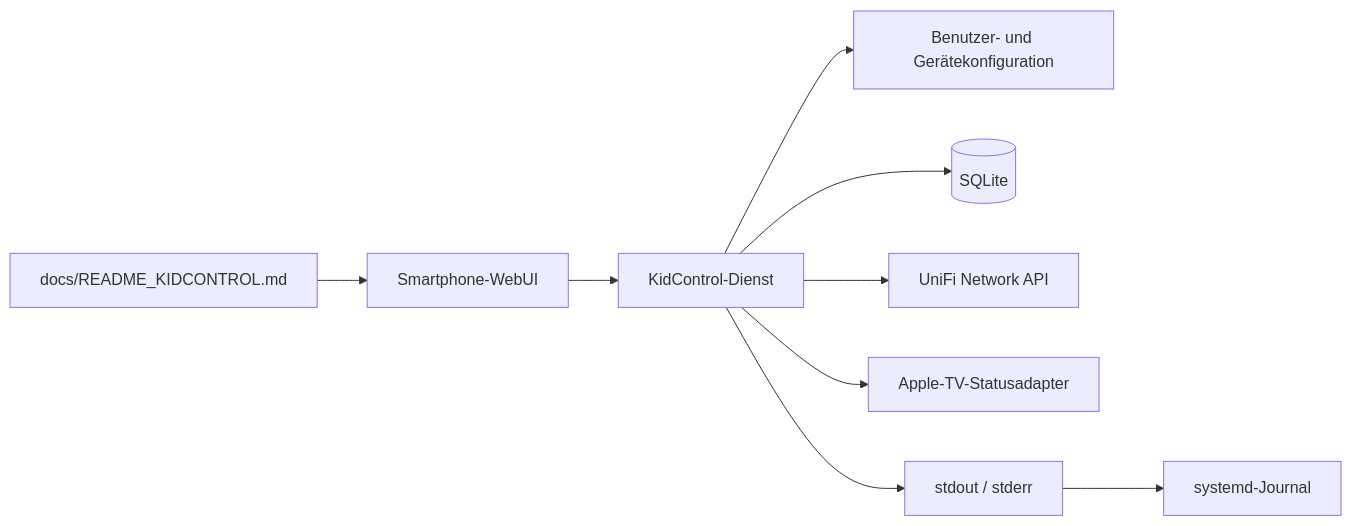
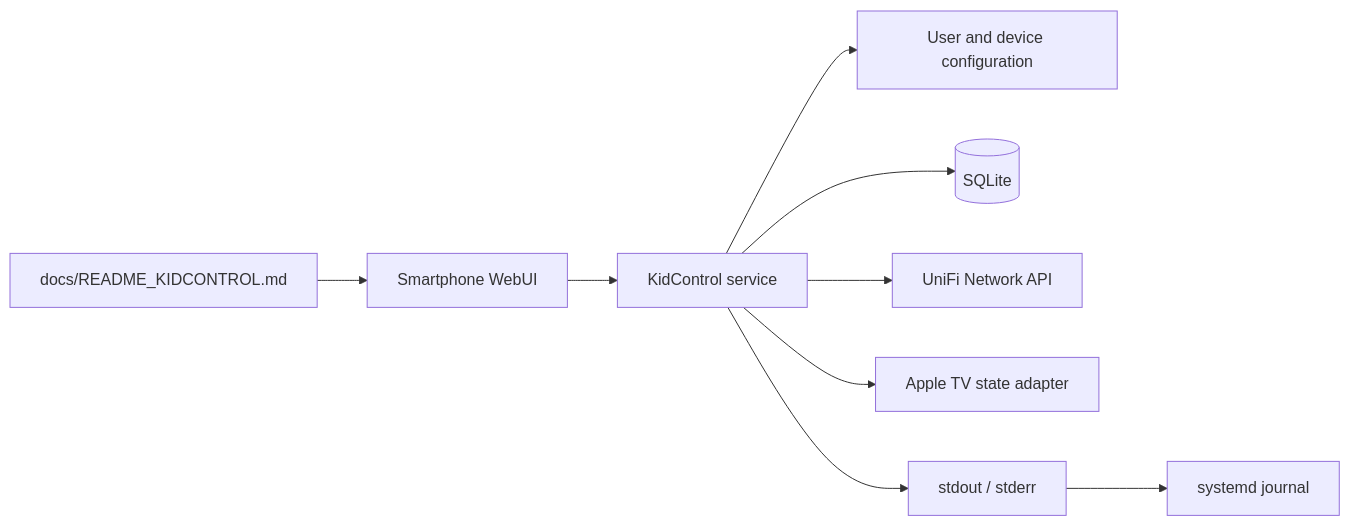
One commit to tseiman/KidControl changed the second of 2 diagrams in docs/README_KIDCONTROL.md. Above: the diagram before and after it, drawn with Mermaid. The commit also changed other lines of this file and 2 other files, not shown here.

````diff
--- a/docs/README_KIDCONTROL.md
+++ b/docs/README_KIDCONTROL.md
@@ -220,11 +220,11 @@
 ```mermaid
 flowchart LR
-    UI[Smartphone-WebUI] --> APP[KidControl-Dienst]
-    APP --> CFG[Benutzer- und Gerätekonfiguration]
+    UI[Smartphone WebUI] --> APP[KidControl service]
+    APP --> CFG[User and device configuration]
     APP --> DB[(SQLite)]
     APP --> UNIFI[UniFi Network API]
-    APP --> ATV[Apple-TV-Statusadapter]
+    APP --> ATV[Apple TV state adapter]
     APP --> LOG[stdout / stderr]
-    LOG --> JOURNAL[systemd-Journal]
+    LOG --> JOURNAL[systemd journal]
     DOC[docs/README_KIDCONTROL.md] --> UI
 ```
````
